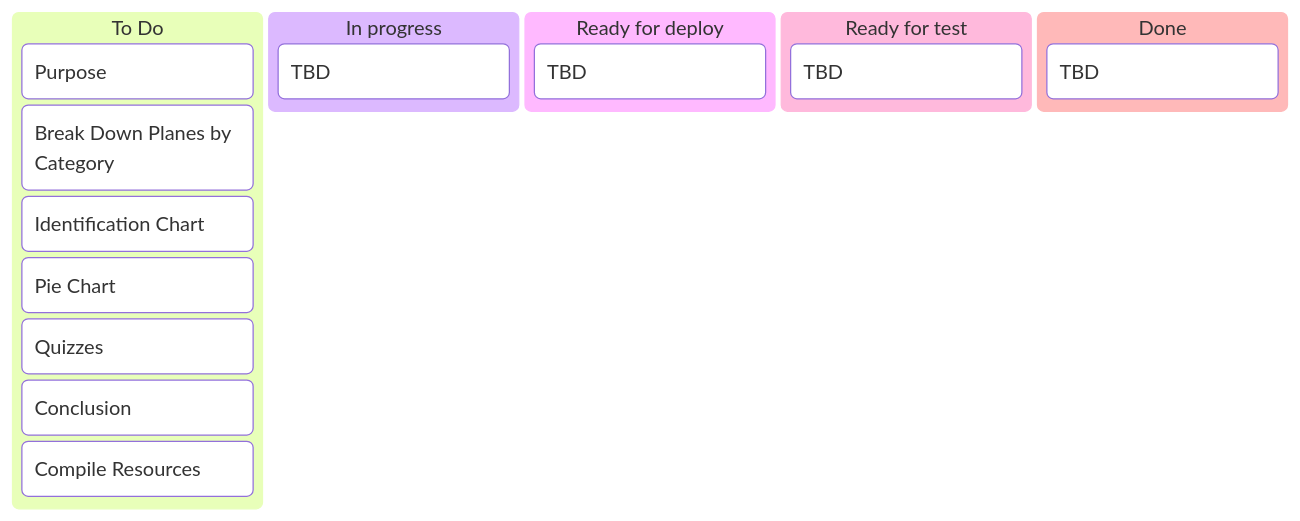
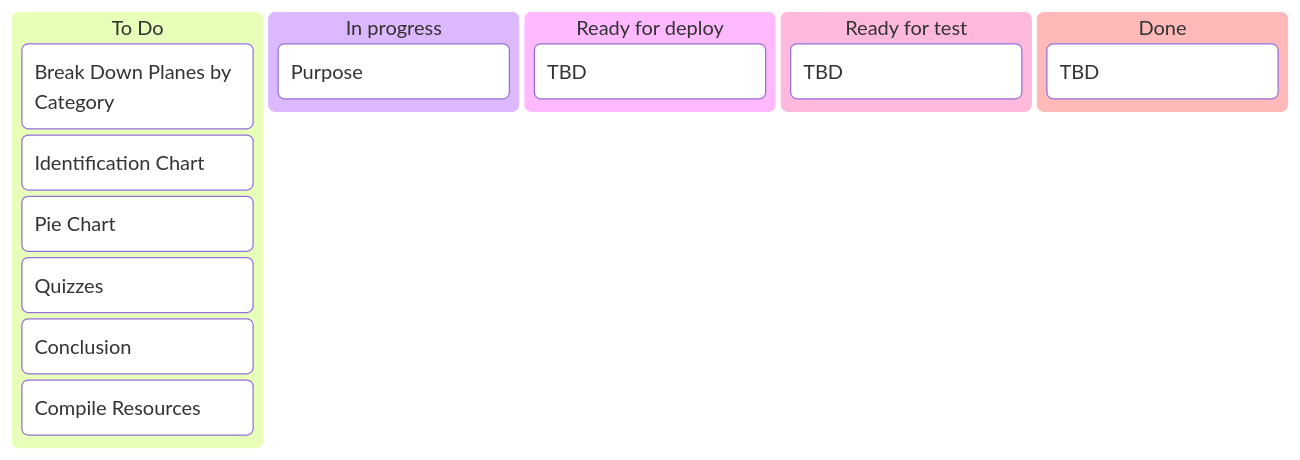
Before and after one commit to Bailey-Wu/Bailey-Wu: the first of 3 diagrams in Dashboard.md, drawn with Mermaid.

````diff
--- a/Dashboard.md
+++ b/Dashboard.md
@@ -6,19 +6,18 @@
 ```mermaid
 kanban
   [To Do]
-    [Purpose]
     [Break Down Planes by Category]
     [Identification Chart]
     [Pie Chart]
     [Quizzes]
     [Conclusion]
     [Compile Resources]
   [In progress]
-    [TBD]
+    [Purpose]
   [Ready for deploy]
     [TBD]
   [Ready for test]
     [TBD]
   [Done]
     [TBD]
 ```
````
